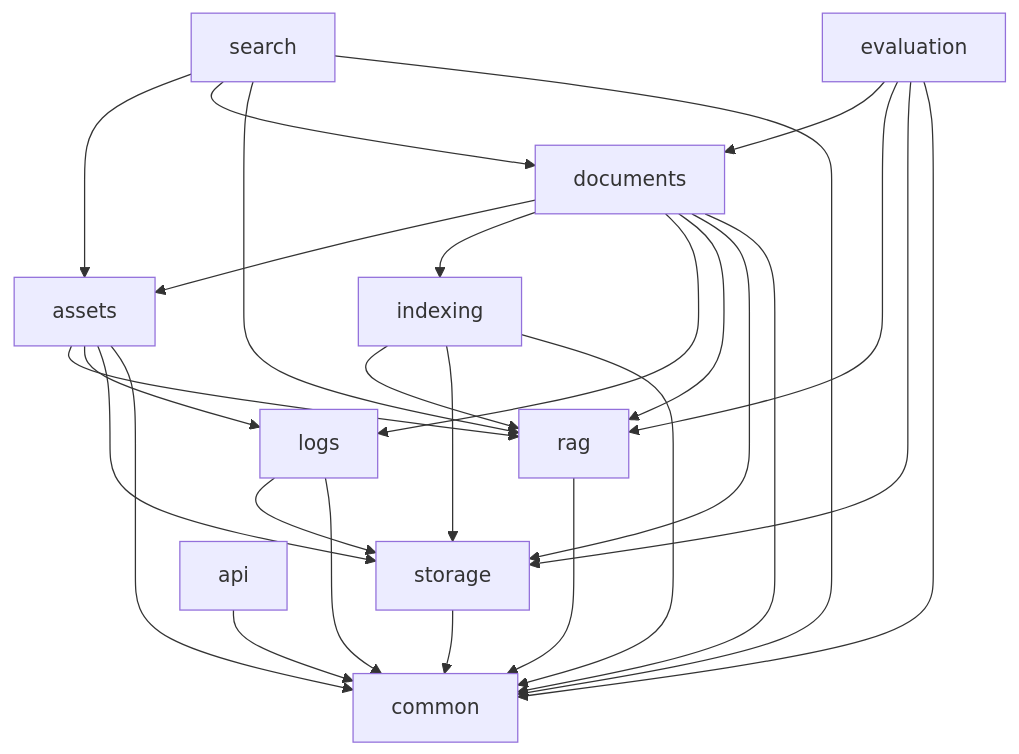
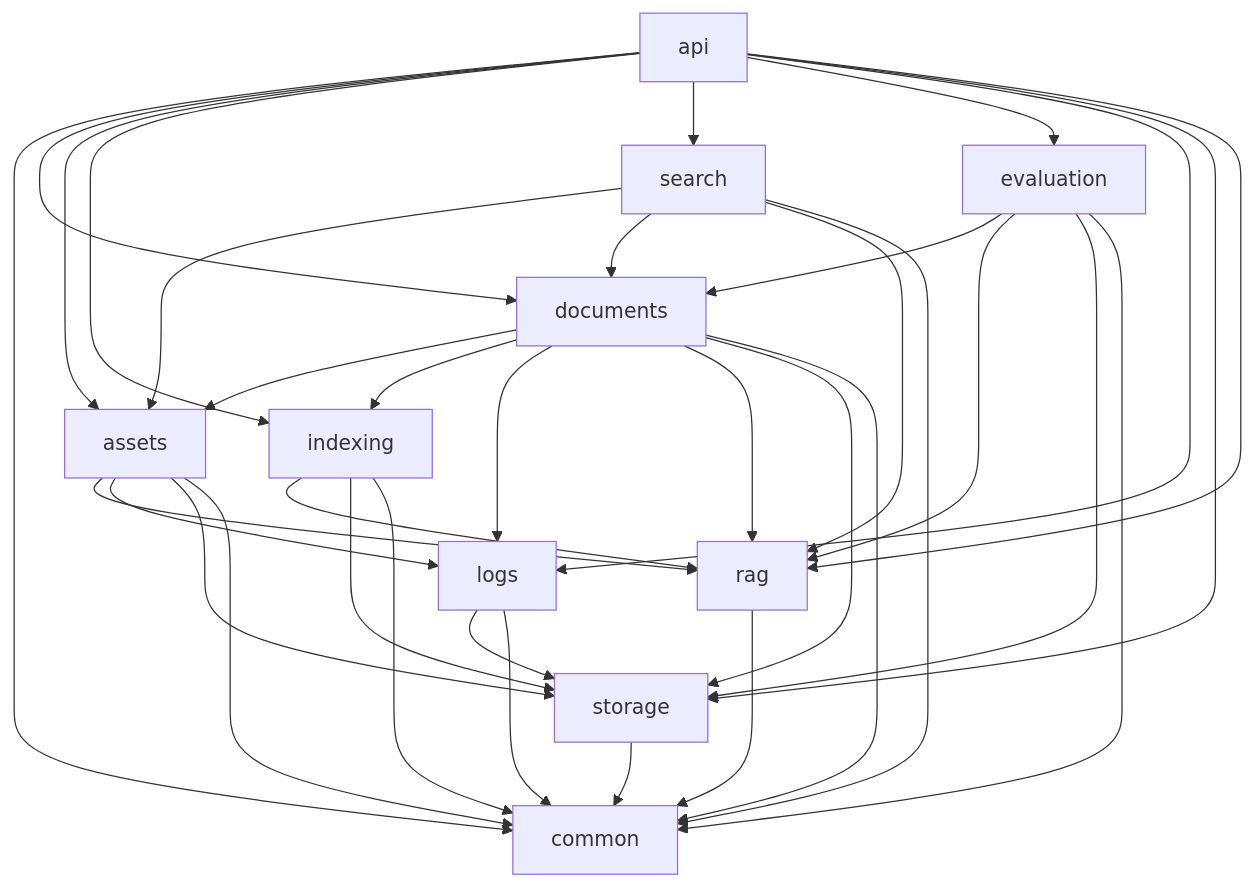
Before and after one commit to victor7-aquila/minerva: the second of 4 diagrams in apps/backend/ARCHITECT.md, drawn with Mermaid. The commit also changed other lines of this file and 217 other files, not shown here.

````diff
--- a/apps/backend/ARCHITECT.md
+++ b/apps/backend/ARCHITECT.md
@@ -52,29 +54,37 @@
 ```mermaid
 flowchart TB
     documents --> assets
     documents --> indexing
     documents --> logs
     documents --> rag
     assets --> rag
     assets --> logs
     indexing --> rag
     search --> assets
     search --> documents
     search --> rag
     evaluation --> documents
     evaluation --> rag
     documents --> storage
     assets --> storage
     indexing --> storage
     evaluation --> storage
     logs --> storage
     documents --> common
     assets --> common
     indexing --> common
     search --> common
     evaluation --> common
     logs --> common
     api --> common
     storage --> common
     rag --> common
+    api --> documents
+    api --> assets
+    api --> indexing
+    api --> search
+    api --> evaluation
+    api --> logs
+    api --> storage
+    api --> rag
 ```
````
